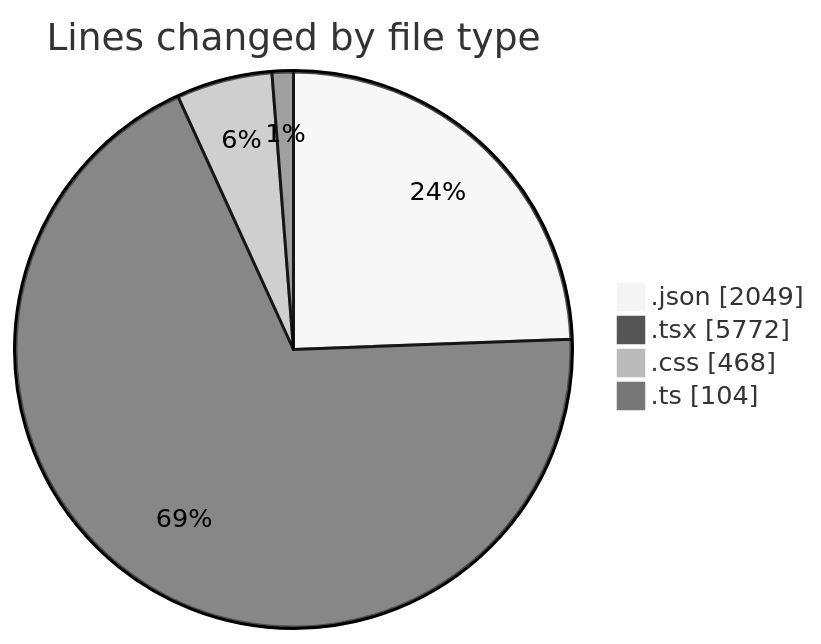
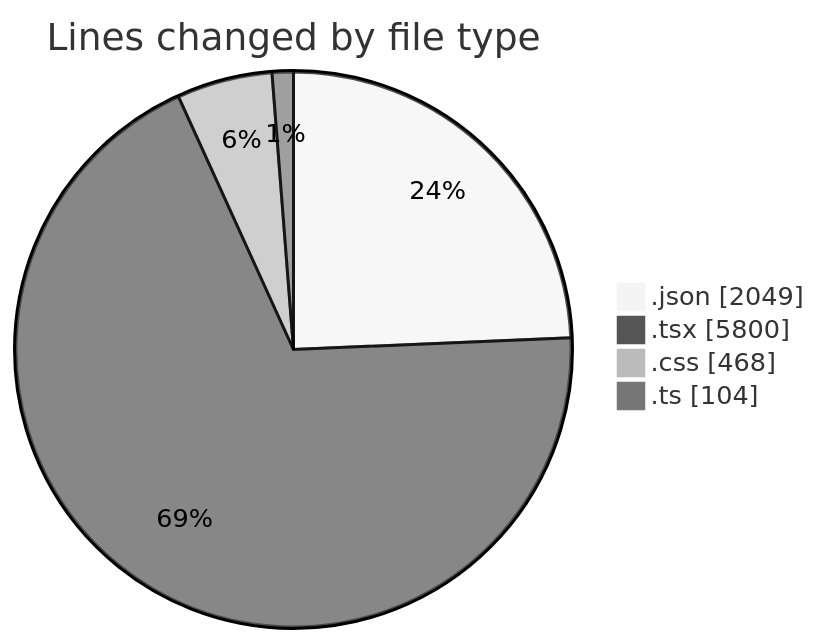
One commit to EIIisD/code-tracking changed the first of 2 diagrams in 2025-08-14/ribbon/README.md. Above: the diagram before and after it, drawn with Mermaid (neutral theme). The commit also changed other lines of this file and 1 other file, not shown here.

````diff
--- a/2025-08-14/ribbon/README.md
+++ b/2025-08-14/ribbon/README.md
@@ -29,8 +29,8 @@
 ```mermaid
 pie showData
 title Lines changed by file type
 ".json" : 2049
-".tsx" : 5772
+".tsx" : 5800
 ".css" : 468
 ".ts" : 104
 ```
````
